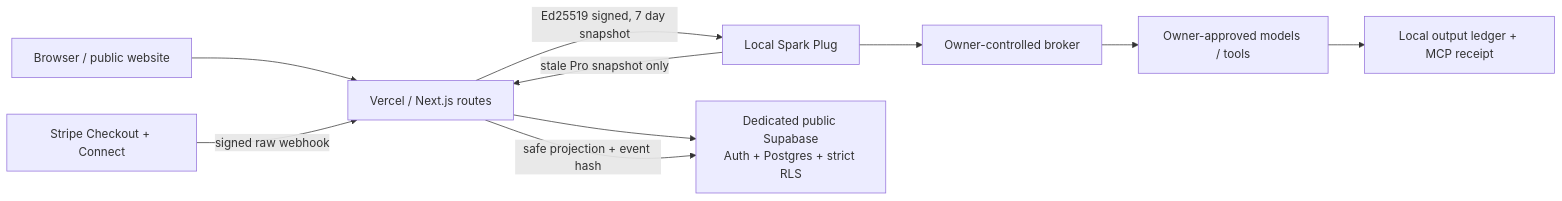
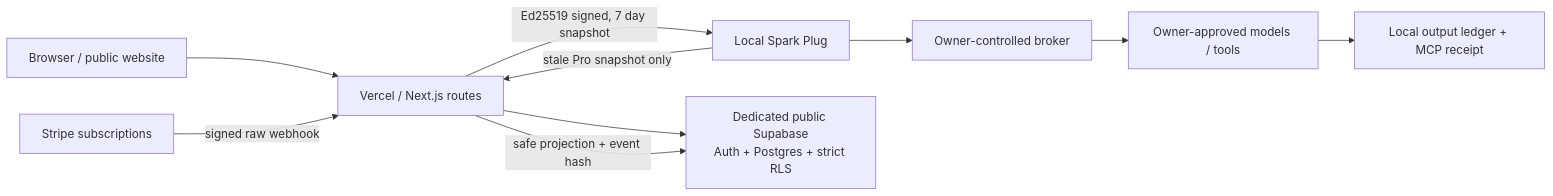
Before and after one commit to GameWorldsDEV/spark-plug: the diagram in docs/ARCHITECTURE.md, drawn with Mermaid. The commit also changed other lines of this file and 74 other files, not shown here.

````diff
--- a/docs/ARCHITECTURE.md
+++ b/docs/ARCHITECTURE.md
@@ -8,12 +8,12 @@
 ```mermaid
 flowchart LR
   Browser["Browser / public website"] --> Edge["Vercel / Next.js routes"]
   Local["Local Spark Plug"] -->|"stale Pro snapshot only"| Edge
   Edge --> PublicDB["Dedicated public Supabase\nAuth + Postgres + strict RLS"]
-  Stripe["Stripe Checkout + Connect"] -->|"signed raw webhook"| Edge
+  Stripe["Stripe subscriptions"] -->|"signed raw webhook"| Edge
   Edge -->|"safe projection + event hash"| PublicDB
   Edge -->|"Ed25519 signed, 7 day snapshot"| Local
   Local --> Broker["Owner-controlled broker"]
   Broker --> Compute["Owner-approved models / tools"]
   Compute --> Ledger["Local output ledger + MCP receipt"]
 ```
````
